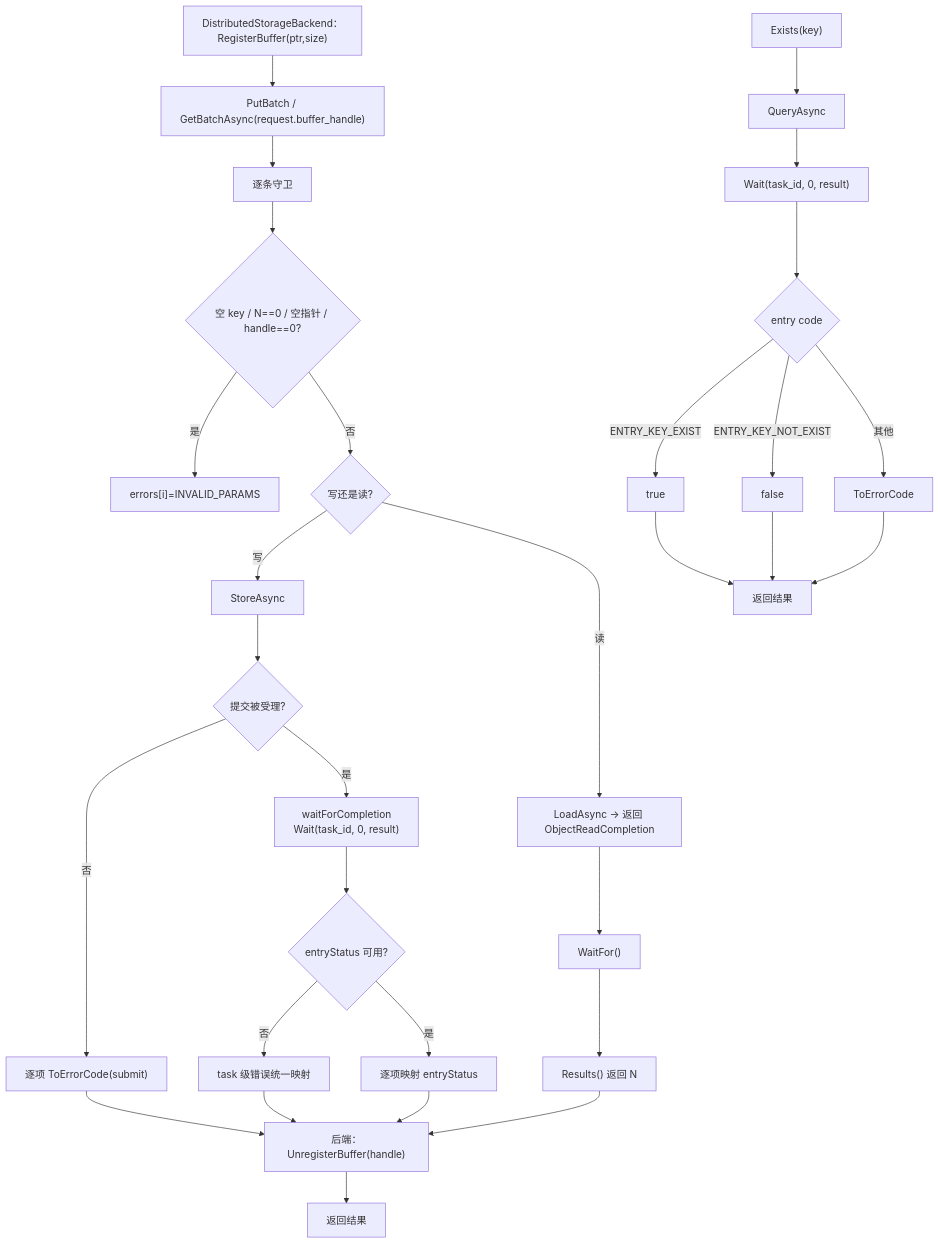
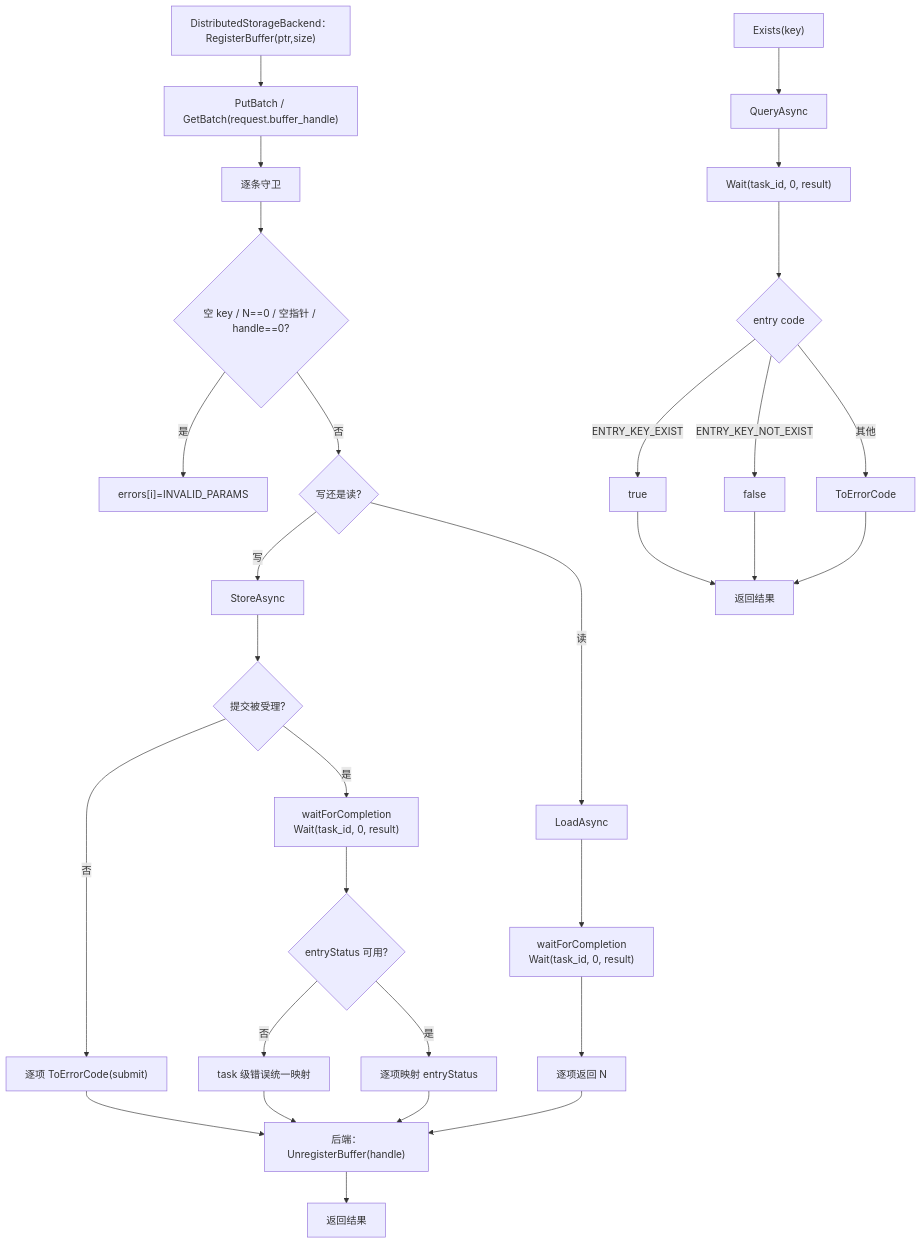
The fifth of 11 diagrams in Mooncake + KVClient L3 接入（Kvcs）- PR 实施设计.md (zwj20000328-dotcom/Mooncake-documents), drawn with Mermaid before and after one commit. The commit also changed other lines of this file and 2 other files, not shown here.

First line of the commit message:
docs: drop the kvclient read completion class

````diff
--- a/Mooncake + KVClient L3 接入（Kvcs）- PR 实施设计.md
+++ b/Mooncake + KVClient L3 接入（Kvcs）- PR 实施设计.md
@@ -693,32 +666,32 @@
 ```mermaid
 flowchart TB
-    A["DistributedStorageBackend：RegisterBuffer(ptr,size)"] --> A2["PutBatch / GetBatchAsync(request.buffer_handle)"]
+    A["DistributedStorageBackend：RegisterBuffer(ptr,size)"] --> A2["PutBatch / GetBatch(request.buffer_handle)"]
     A2 --> B["逐条守卫"]
     B --> C{"空 key / N==0 / 空指针 / handle==0?"}
     C -->|是| E["errors[i]=INVALID_PARAMS"]
     C -->|否| SUB{"写还是读?"}
     SUB -->|写| STORE["StoreAsync"]
     STORE --> SUBOK{"提交被受理?"}
     SUBOK -->|否| SUBFAIL["逐项 ToErrorCode(submit)"]
     SUBOK -->|是| WAIT["waitForCompletion<br/>Wait(task_id, 0, result)"]
     WAIT --> TERM{"entryStatus 可用?"}
     TERM -->|否| TASKE["task 级错误统一映射"]
     TERM -->|是| MAPW["逐项映射 entryStatus"]
-    SUB -->|读| LOAD["LoadAsync → 返回 ObjectReadCompletion"]
-    LOAD --> OUTER["WaitFor()"]
-    OUTER --> MAPR["Results() 返回 N"]
+    SUB -->|读| LOAD["LoadAsync"]
+    LOAD --> RWAIT["waitForCompletion<br/>Wait(task_id, 0, result)"]
+    RWAIT --> RMAPR["逐项返回 N"]
     SUBFAIL --> UNREG["后端：UnregisterBuffer(handle)"]
     TASKE --> UNREG
     MAPW --> UNREG
-    MAPR --> UNREG
+    RMAPR --> UNREG
     UNREG --> END["返回结果"]
     X["Exists(key)"] --> XQ["QueryAsync"]
     XQ --> XW["Wait(task_id, 0, result)"]
     XW --> XC{"entry code"}
     XC -->|"ENTRY_KEY_EXIST"| XT["true"]
     XC -->|"ENTRY_KEY_NOT_EXIST"| XF["false"]
     XC -->|其他| XE["ToErrorCode"]
     XT --> XEND["返回结果"]
     XF --> XEND
     XE --> XEND
 ```
````
